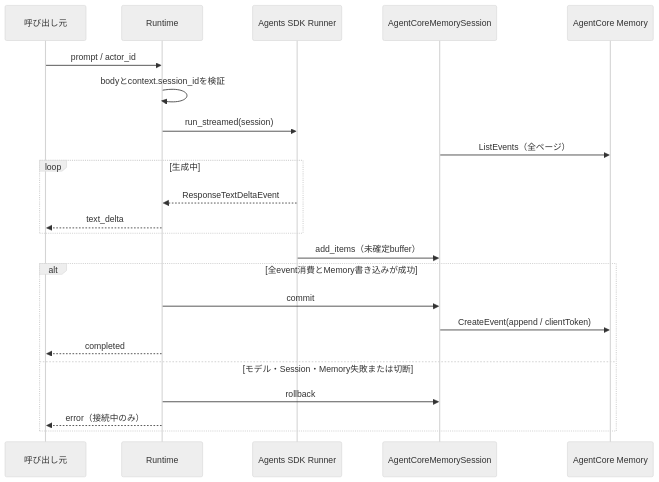
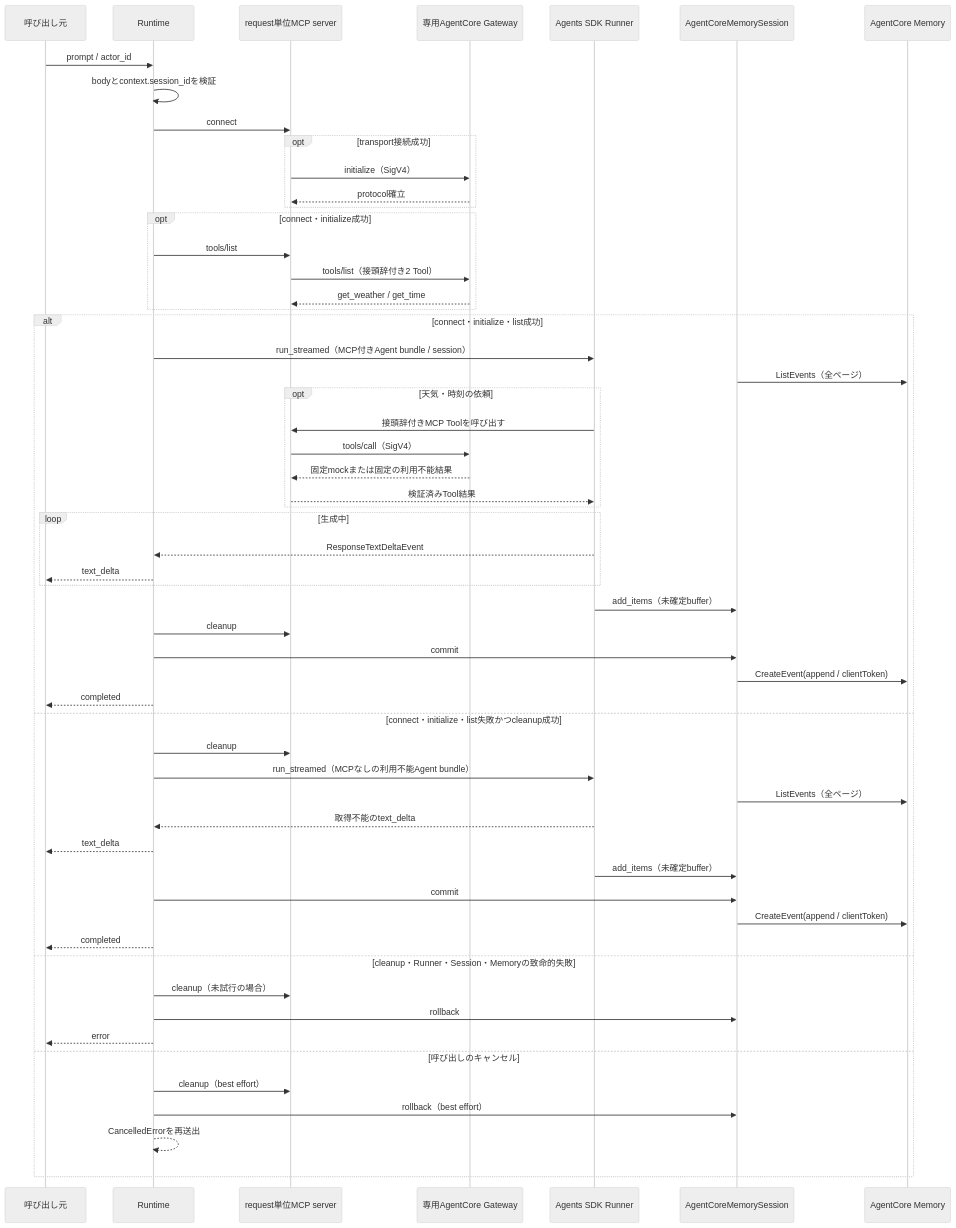
Before and after one commit to rafty/OpenAIAgentCore-base: the second of 2 diagrams in docs/Agent/README.md, drawn with Mermaid (neutral theme). The commit also changed other lines of this file and 35 other files, not shown here.

First line of the commit message:
feat(weather): AgentCore Gateway経由のWeather／Time Toolを統合

````diff
--- a/docs/Agent/README.md
+++ b/docs/Agent/README.md
@@ -119,26 +148,60 @@
 ```mermaid
 sequenceDiagram
     participant Caller as 呼び出し元
     participant App as Runtime
+    participant MCP as request単位MCP server
+    participant Gateway as 専用AgentCore Gateway
     participant Runner as Agents SDK Runner
     participant Session as AgentCoreMemorySession
     participant Memory as AgentCore Memory
 
     Caller->>App: prompt / actor_id
     App->>App: bodyとcontext.session_idを検証
-    App->>Runner: run_streamed(session)
-    Session->>Memory: ListEvents（全ページ）
-    loop 生成中
-        Runner-->>App: ResponseTextDeltaEvent
-        App-->>Caller: text_delta
+    App->>MCP: connect
+    opt transport接続成功
+        MCP->>Gateway: initialize（SigV4）
+        Gateway-->>MCP: protocol確立
     end
-    Runner->>Session: add_items（未確定buffer）
-    alt 全event消費とMemory書き込みが成功
+    opt connect・initialize成功
+        App->>MCP: tools/list
+        MCP->>Gateway: tools/list（接頭辞付き2 Tool）
+        Gateway-->>MCP: get_weather / get_time
+    end
+    alt connect・initialize・list成功
+        App->>Runner: run_streamed（MCP付きAgent bundle / session）
+        Session->>Memory: ListEvents（全ページ）
+        opt 天気・時刻の依頼
+            Runner->>MCP: 接頭辞付きMCP Toolを呼び出す
+            MCP->>Gateway: tools/call（SigV4）
+            Gateway-->>MCP: 固定mockまたは固定の利用不能結果
+            MCP-->>Runner: 検証済みTool結果
+        end
+        loop 生成中
+            Runner-->>App: ResponseTextDeltaEvent
+            App-->>Caller: text_delta
+        end
+        Runner->>Session: add_items（未確定buffer）
+        App->>MCP: cleanup
         App->>Session: commit
         Session->>Memory: CreateEvent(append / clientToken)
         App-->>Caller: completed
-    else モデル・Session・Memory失敗または切断
+    else connect・initialize・list失敗かつcleanup成功
+        App->>MCP: cleanup
+        App->>Runner: run_streamed（MCPなしの利用不能Agent bundle）
+        Session->>Memory: ListEvents（全ページ）
+        Runner-->>App: 取得不能のtext_delta
+        App-->>Caller: text_delta
+        Runner->>Session: add_items（未確定buffer）
+        App->>Session: commit
+        Session->>Memory: CreateEvent(append / clientToken)
+        App-->>Caller: completed
+    else cleanup・Runner・Session・Memoryの致命的失敗
+        App->>MCP: cleanup（未試行の場合）
         App->>Session: rollback
-        App-->>Caller: error（接続中のみ）
+        App-->>Caller: error
+    else 呼び出しのキャンセル
+        App->>MCP: cleanup（best effort）
+        App->>Session: rollback（best effort）
+        App-->>App: CancelledErrorを再送出
     end
 ```
````
